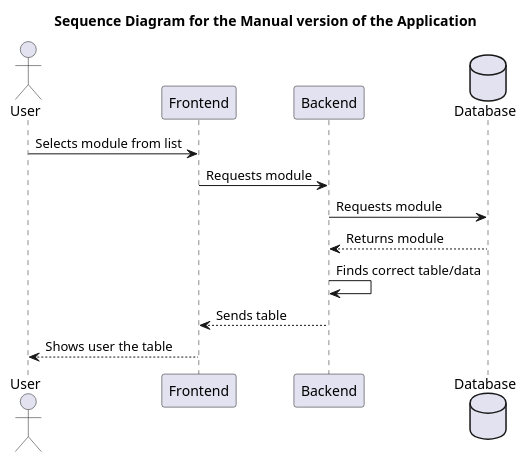
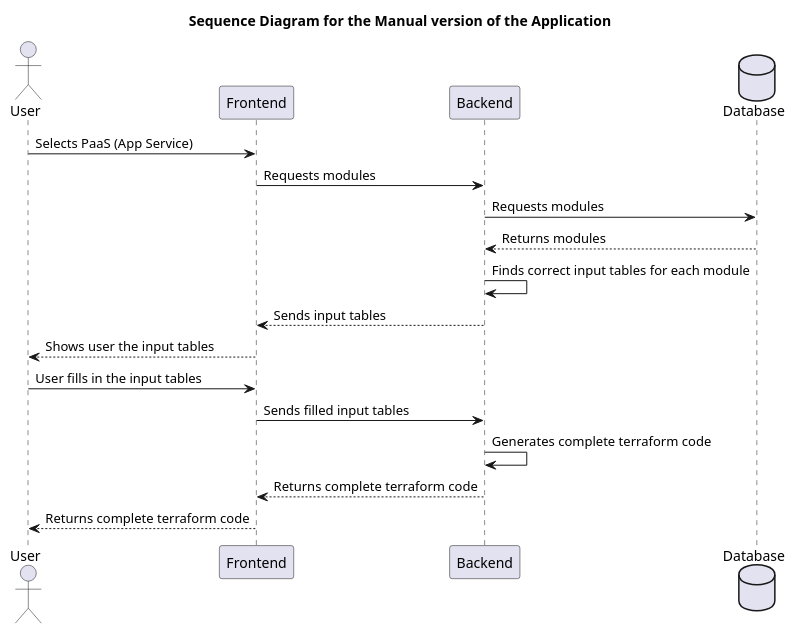
One commit to Bachelor-B25ITK12/Diagrammer changed the diagram in UML_Diagrammer/Manual_Application_Flow.puml. Above: the diagram before and after it, drawn with PlantUML. The commit also changed 1 other file, not shown here.

Commit message:
Oppdatert sekvensdiagram

```diff
--- a/UML_Diagrammer/Manual_Application_Flow.puml
+++ b/UML_Diagrammer/Manual_Application_Flow.puml
@@ -1,20 +1,25 @@
 @startuml
 'https://plantuml.com/sequence-diagram
 
 title Sequence Diagram for the Manual version of the Application
 
 ' Actors '
 actor           User            as User
 participant     Frontend        as Frontend
 participant     Backend         as Backend
 database        Database        as Database
 
-User        ->      Frontend        :   Selects module from list
-Frontend    ->      Backend         :   Requests module
-Backend     ->      Database        :   Requests module
-Database    -->     Backend         :   Returns module
-Backend     ->      Backend         :   Finds correct table/data
-Backend     -->     Frontend        :   Sends table
-Frontend    -->     User            :   Shows user the table
+User        ->      Frontend        :   Selects PaaS (App Service)
+Frontend    ->      Backend         :   Requests modules
+Backend     ->      Database        :   Requests modules
+Database    -->     Backend         :   Returns modules
+Backend     ->      Backend         :   Finds correct input tables for each module
+Backend     -->     Frontend        :   Sends input tables
+Frontend    -->     User            :   Shows user the input tables
+User        ->      Frontend        :   User fills in the input tables
+Frontend    ->      Backend         :   Sends filled input tables
+Backend     ->      Backend         :   Generates complete terraform code
+Backend     -->     Frontend        :   Returns complete terraform code
+Frontend    -->     User            :   Returns complete terraform code
 
 @enduml
```
